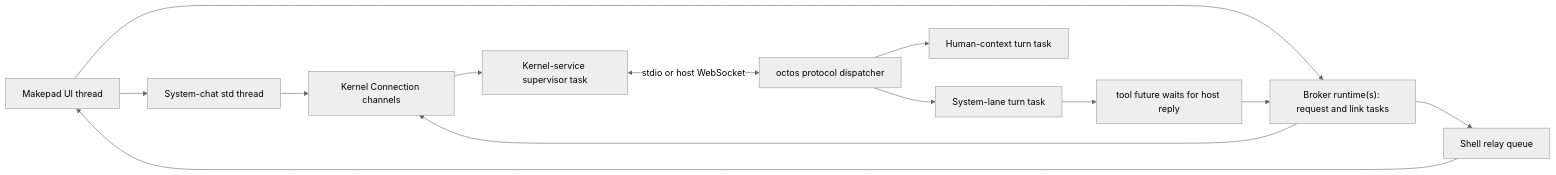
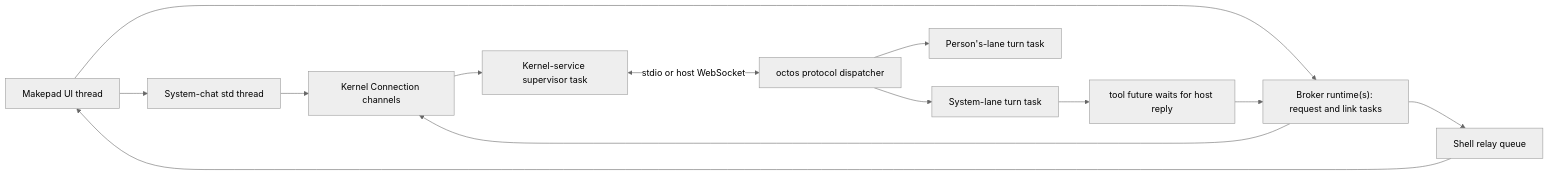
The second of 2 diagrams in docs/architecture-walkthrough.md (OctoSense-org/OctoSense), drawn with Mermaid (neutral theme) before and after one commit. The commit also changed other lines of this file and 24 other files, not shown here.

````diff
--- a/docs/architecture-walkthrough.md
+++ b/docs/architecture-walkthrough.md
@@ -277,15 +265,15 @@
 ```mermaid
 flowchart LR
     UI["Makepad UI thread"] --> CMD["System-chat std thread"]
     UI --> B["Broker runtime(s): request and link tasks"]
     CMD --> C["Kernel Connection channels"]
     B --> C
     C --> SUP["Kernel-service supervisor task"]
     SUP <-->|"stdio or host WebSocket"| OUP["octos protocol dispatcher"]
     OUP --> T1["System-lane turn task"]
-    OUP --> T2["Human-context turn task"]
+    OUP --> T2["Person's-lane turn task"]
     T1 --> TOOL["tool future waits for host reply"]
     TOOL --> B
     B --> Q["Shell relay queue"]
     Q --> UI
 ```
````
